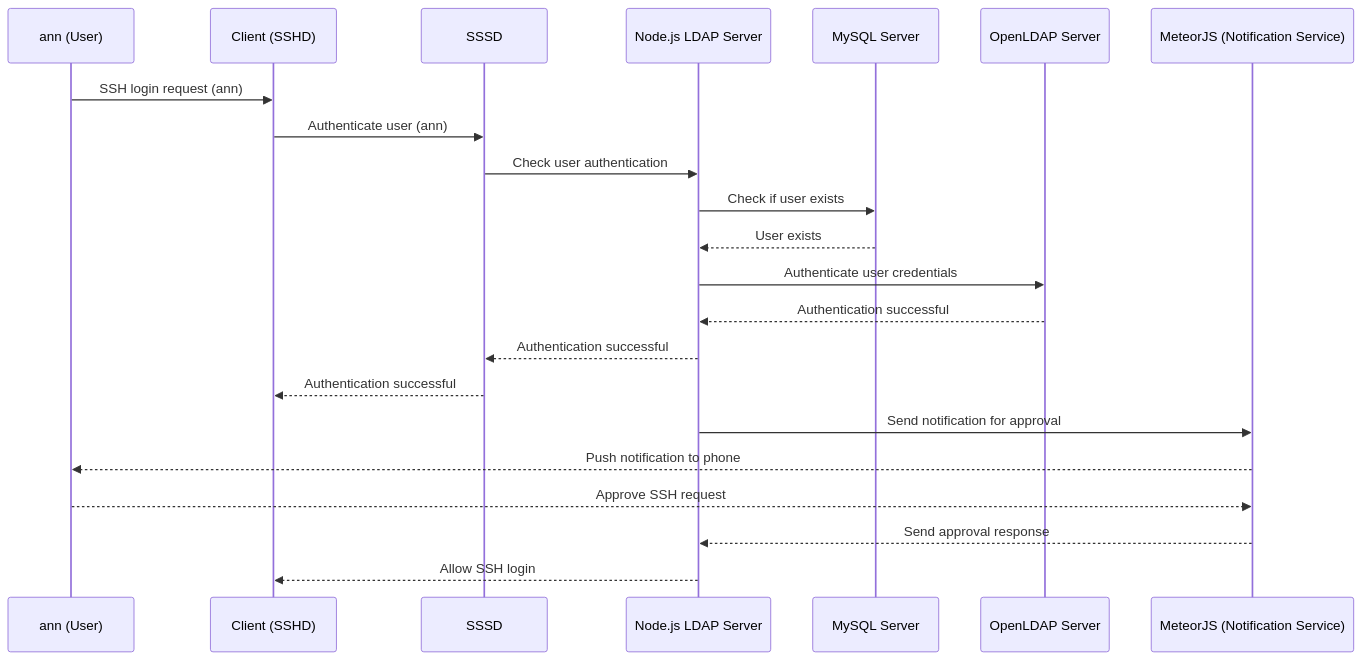
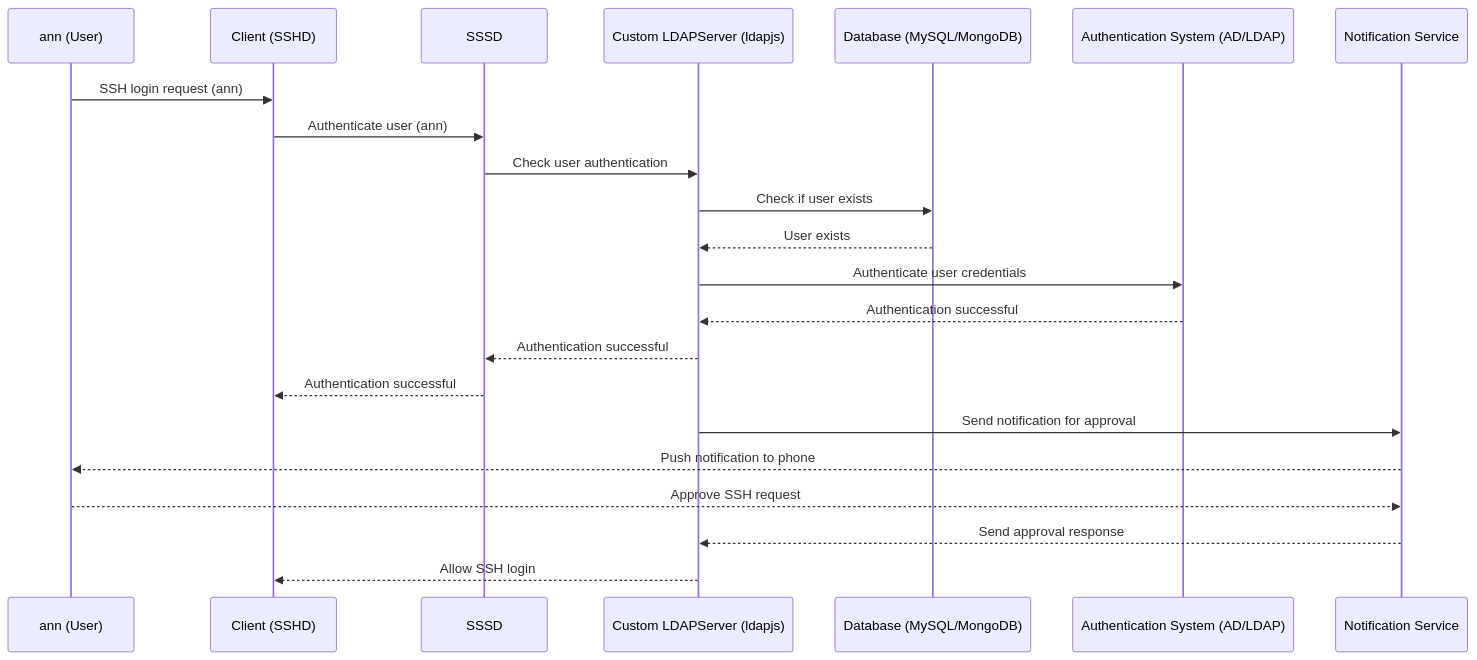
One commit to mieweb/LDAPServer changed the third of 3 diagrams in README.md. Above: the diagram before and after it, drawn with Mermaid. The commit also changed other lines of this file, not shown here.

Commit message:
Update Mermaid diagrams

````diff
--- a/README.md
+++ b/README.md
@@ -5,25 +189,25 @@
 ```mermaid
 sequenceDiagram
     participant User as ann (User)
     participant Client as Client (SSHD)
     participant SSSD as SSSD
-    participant NodeLDAP as Node.js LDAP Server
-    participant SQL as MySQL Server
-    participant OpenLDAP as OpenLDAP Server
-    participant MeteorJS as MeteorJS (Notification Service)
-
+    participant CustomLDAP as Custom LDAPServer (ldapjs)
+    participant DB as Database (MySQL/MongoDB)
+    participant AuthSys as Authentication System (AD/LDAP)
+    participant NotifSvc as Notification Service
+    
     User->>Client: SSH login request (ann)
     Client->>SSSD: Authenticate user (ann)
-    SSSD->>NodeLDAP: Check user authentication
-    NodeLDAP->>SQL: Check if user exists
-    SQL-->>NodeLDAP: User exists
-    NodeLDAP->>OpenLDAP: Authenticate user credentials
-    OpenLDAP-->>NodeLDAP: Authentication successful
-    NodeLDAP-->>SSSD: Authentication successful
+    SSSD->>CustomLDAP: Check user authentication
+    CustomLDAP->>DB: Check if user exists
+    DB-->>CustomLDAP: User exists
+    CustomLDAP->>AuthSys: Authenticate user credentials
+    AuthSys-->>CustomLDAP: Authentication successful
+    CustomLDAP-->>SSSD: Authentication successful
     SSSD-->>Client: Authentication successful
-    NodeLDAP->>MeteorJS: Send notification for approval
-    MeteorJS-->>User: Push notification to phone
-    User-->>MeteorJS: Approve SSH request
-    MeteorJS-->>NodeLDAP: Send approval response
-    NodeLDAP-->>Client: Allow SSH login
+    CustomLDAP->>NotifSvc: Send notification for approval
+    NotifSvc-->>User: Push notification to phone
+    User-->>NotifSvc: Approve SSH request
+    NotifSvc-->>CustomLDAP: Send approval response
+    CustomLDAP-->>Client: Allow SSH login
 ```
````
